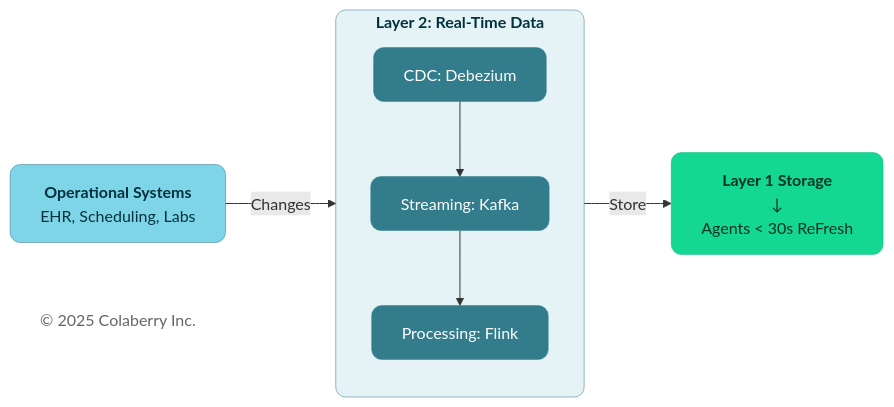
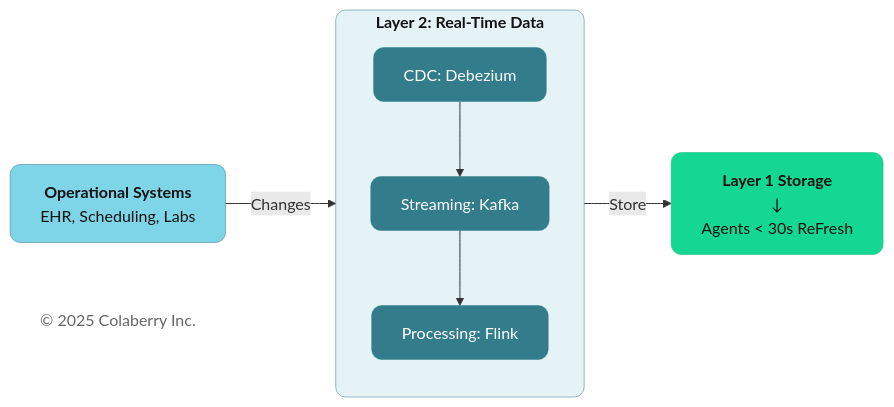
The seventh of 11 diagrams in manuscript/05_chapter_4_foundation_layers.md (saitejesh-cyber/trust-before-intelligence-book), drawn with Mermaid before and after one commit. The commit also changed other lines of this file and 12 other files, not shown here.

````diff
--- a/manuscript/05_chapter_4_foundation_layers.md
+++ b/manuscript/05_chapter_4_foundation_layers.md
@@ -781,29 +781,29 @@
 ```mermaid
 
 graph LR
     SOURCE["<b>Operational Systems</b><br/>EHR, Scheduling, Labs"]
 
     subgraph LAYER2["<b>Layer 2: Real-Time Data</b>"]
         direction TB
         CDC["CDC: Debezium"]
         KAFKA["Streaming: Kafka"]
         PROCESS["Processing: Flink"]
         CDC --> KAFKA --> PROCESS
     end
     
     OUTCOME["<b>Layer 1 Storage</b><br/>↓<br/>Agents < 30s ReFresh"]
     
     Copyright["© 2025 Colaberry Inc."]
     
     SOURCE -->|"Changes"| LAYER2
     LAYER2 -->|"Store"| OUTCOME
 
-    style SOURCE fill:#7FD5E8,stroke:#32738C,stroke-width:0.5px,color:#00323D,rx:10,ry:10
-    style LAYER2 fill:#E6F3F6,stroke:#32738C,stroke-width:0.5px,color:#00323D,rx:10,ry:10
+    style SOURCE fill:#7FD5E8,stroke:#32738C,stroke-width:0.5px,color:#121212,rx:10,ry:10
+    style LAYER2 fill:#E6F3F6,stroke:#32738C,stroke-width:0.5px,color:#121212,rx:10,ry:10
     style CDC fill:#327C8C,stroke:#30838C,stroke-width:0.5px,color:#ffffff,rx:10,ry:10
     style KAFKA fill:#327C8C,stroke:#30838C,stroke-width:0.5px,color:#ffffff,rx:10,ry:10
     style PROCESS fill:#327C8C,stroke:#30838C,stroke-width:0.5px,color:#ffffff,rx:10,ry:10
-    style OUTCOME fill:#14D793,stroke:#0FB67D,stroke-width:0.5px,color:#003322,rx:10,ry:10
+    style OUTCOME fill:#14D793,stroke:#0FB67D,stroke-width:0.5px,color:#121212,rx:10,ry:10
     style Copyright fill:none,stroke:none,color:#666666
 
 ```
````
